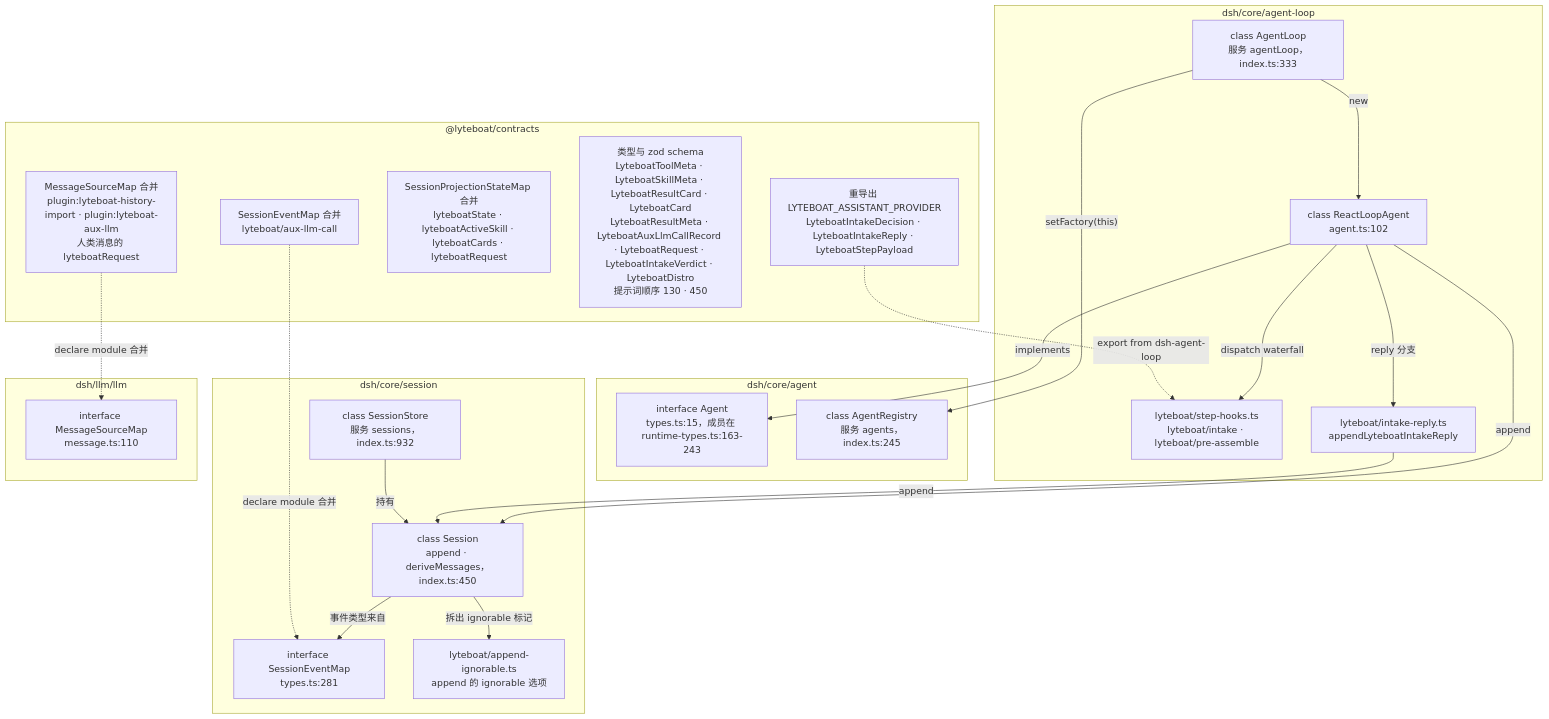
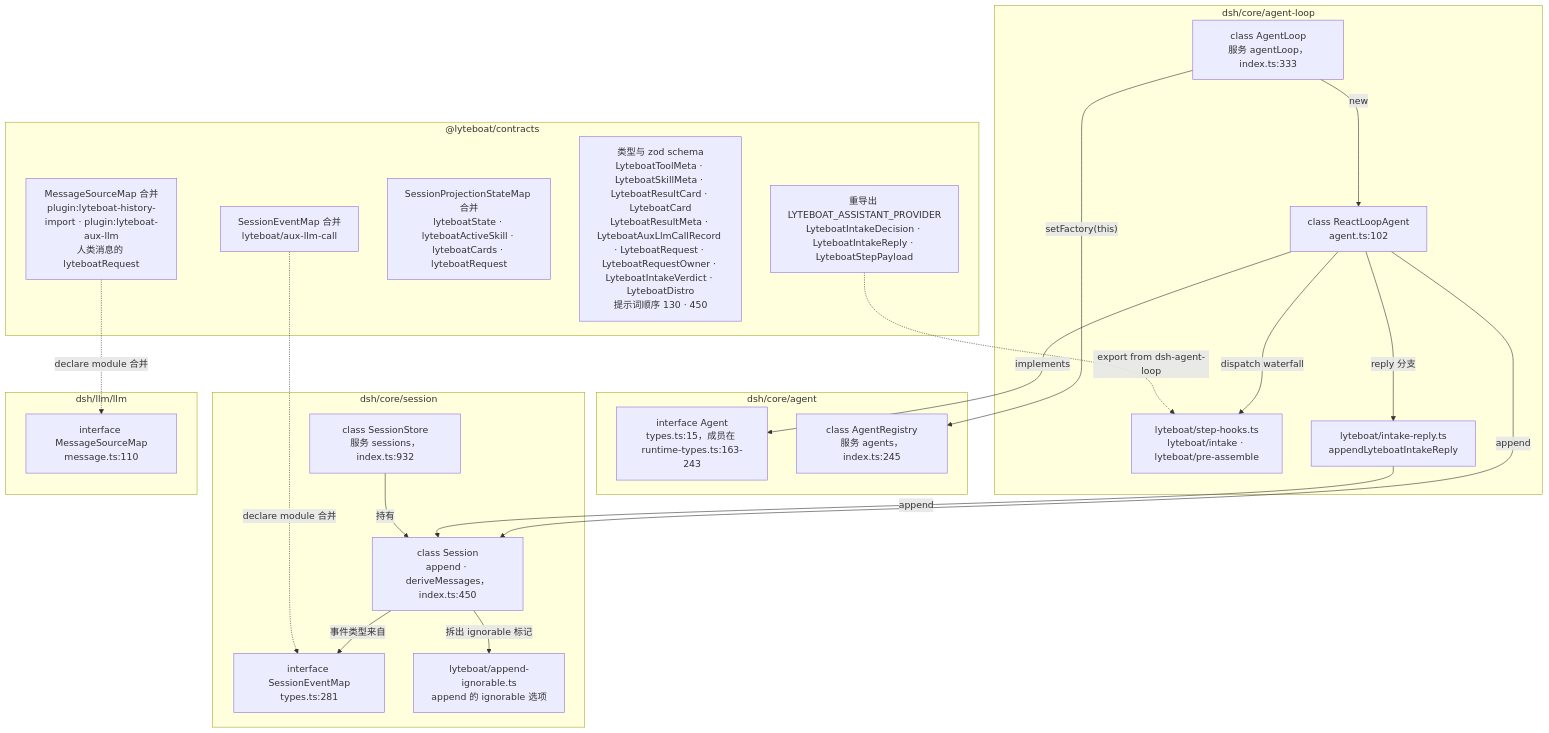
The fourth of 11 diagrams in docs/01-architecture.md (lyteboat/boat), drawn with Mermaid before and after one commit. The commit also changed other lines of this file and 10 other files, not shown here.

````diff
--- a/docs/01-architecture.md
+++ b/docs/01-architecture.md
@@ -259,42 +264,42 @@
 ```mermaid
 flowchart TB
   subgraph AGT["dsh/core/agent"]
     agentT["interface Agent<br/>types.ts:15，成员在 runtime-types.ts:163-243"]
     reg["class AgentRegistry<br/>服务 agents，index.ts:245"]
   end
   subgraph LOOP["dsh/core/agent-loop"]
     al["class AgentLoop<br/>服务 agentLoop，index.ts:333"]
     rla["class ReactLoopAgent<br/>agent.ts:102"]
     hooks["lyteboat/step-hooks.ts<br/>lyteboat/intake · lyteboat/pre-assemble"]
     reply["lyteboat/intake-reply.ts<br/>appendLyteboatIntakeReply"]
   end
   subgraph SESS["dsh/core/session"]
     store["class SessionStore<br/>服务 sessions，index.ts:932"]
     sess["class Session<br/>append · deriveMessages，index.ts:450"]
     sem["interface SessionEventMap<br/>types.ts:281"]
     ign["lyteboat/append-ignorable.ts<br/>append 的 ignorable 选项"]
   end
   subgraph LLMP["dsh/llm/llm"]
     msm["interface MessageSourceMap<br/>message.ts:110"]
   end
   subgraph CON["@lyteboat/contracts"]
     cEv["SessionEventMap 合并<br/>lyteboat/aux-llm-call"]
     cSrc["MessageSourceMap 合并<br/>plugin:lyteboat-history-import · plugin:lyteboat-aux-llm<br/>人类消息的 lyteboatRequest"]
     cProj["SessionProjectionStateMap 合并<br/>lyteboatState · lyteboatActiveSkill · lyteboatCards · lyteboatRequest"]
-    cMeta["类型与 zod schema<br/>LyteboatToolMeta · LyteboatSkillMeta · LyteboatResultCard · LyteboatCard<br/>LyteboatResultMeta · LyteboatAuxLlmCallRecord · LyteboatRequest · LyteboatIntakeVerdict · LyteboatDistro<br/>提示词顺序 130 · 450"]
+    cMeta["类型与 zod schema<br/>LyteboatToolMeta · LyteboatSkillMeta · LyteboatResultCard · LyteboatCard<br/>LyteboatResultMeta · LyteboatAuxLlmCallRecord · LyteboatRequest · LyteboatRequestOwner · LyteboatIntakeVerdict · LyteboatDistro<br/>提示词顺序 130 · 450"]
     cRe["重导出 LYTEBOAT_ASSISTANT_PROVIDER<br/>LyteboatIntakeDecision · LyteboatIntakeReply · LyteboatStepPayload"]
   end
   al -->|"setFactory(this)"| reg
   al -->|"new"| rla
   rla -->|"implements"| agentT
   rla -->|"dispatch waterfall"| hooks
   rla -->|"reply 分支"| reply
   rla -->|"append"| sess
   reply -->|"append"| sess
   store -->|"持有"| sess
   sess -->|"事件类型来自"| sem
   sess -->|"拆出 ignorable 标记"| ign
   cEv -.->|"declare module 合并"| sem
   cSrc -.->|"declare module 合并"| msm
   cRe -.->|"export from dsh-agent-loop"| hooks
 ```
````
